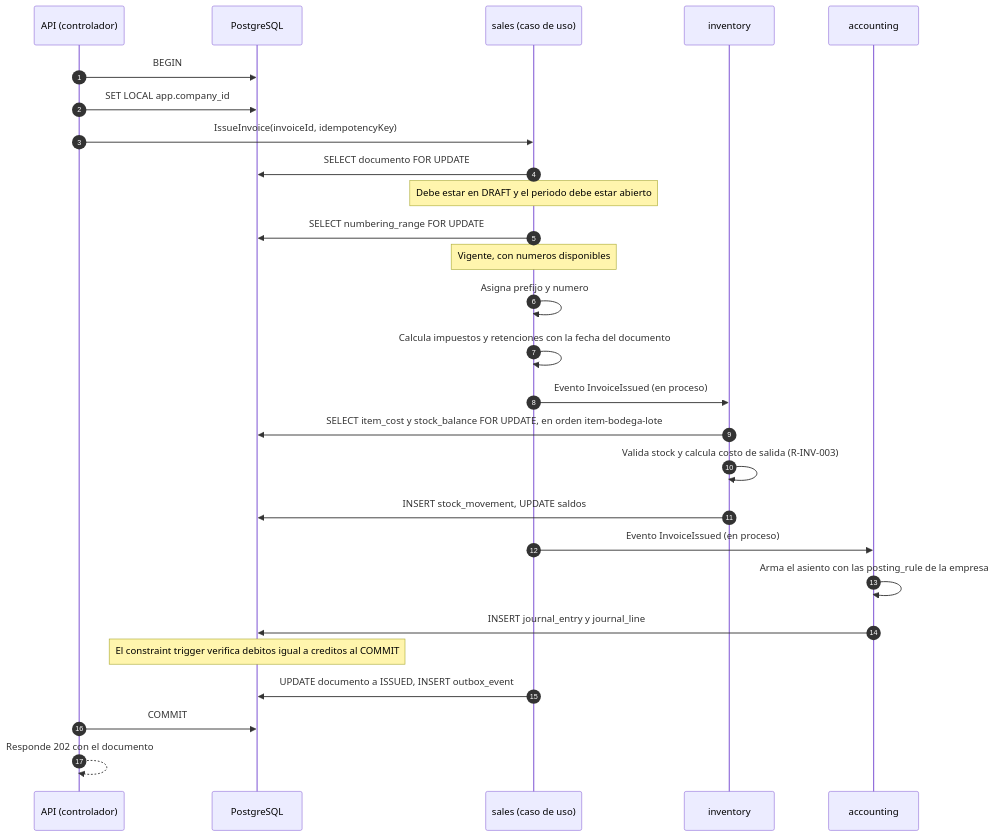
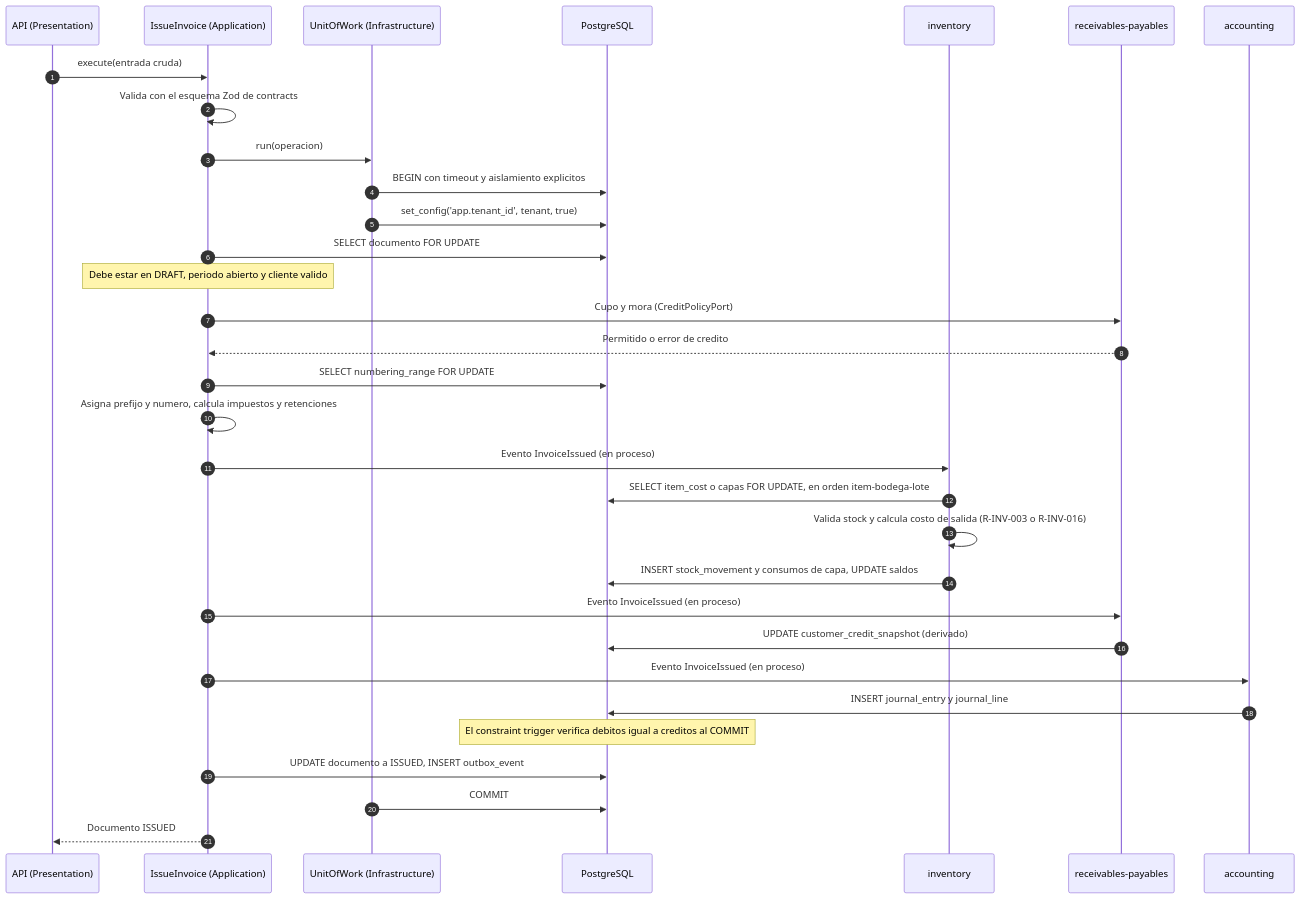
Before and after one commit to JpMurcia/SIFCA: the second of 3 diagrams in docs/03-procesos-y-flujos/01-flujo-venta-catalogo-a-factura.md, drawn with Mermaid. The commit also changed other lines of this file and 89 other files, not shown here.

````diff
--- a/docs/03-procesos-y-flujos/01-flujo-venta-catalogo-a-factura.md
+++ b/docs/03-procesos-y-flujos/01-flujo-venta-catalogo-a-factura.md
@@ -107,30 +119,35 @@
 ```mermaid
 sequenceDiagram
     autonumber
-    participant API as API (controlador)
+    participant API as API (Presentation)
+    participant UC as IssueInvoice (Application)
+    participant UOW as UnitOfWork (Infrastructure)
     participant DB as PostgreSQL
-    participant SAL as sales (caso de uso)
     participant INV as inventory
+    participant ARAP as receivables-payables
     participant ACC as accounting
 
-    API->>DB: BEGIN
-    API->>DB: SET LOCAL app.company_id
-    API->>SAL: IssueInvoice(invoiceId, idempotencyKey)
-    SAL->>DB: SELECT documento FOR UPDATE
-    Note over SAL: Debe estar en DRAFT y el periodo debe estar abierto
-    SAL->>DB: SELECT numbering_range FOR UPDATE
-    Note over SAL: Vigente, con numeros disponibles
-    SAL->>SAL: Asigna prefijo y numero
-    SAL->>SAL: Calcula impuestos y retenciones con la fecha del documento
-    SAL->>INV: Evento InvoiceIssued (en proceso)
-    INV->>DB: SELECT item_cost y stock_balance FOR UPDATE, en orden item-bodega-lote
-    INV->>INV: Valida stock y calcula costo de salida (R-INV-003)
-    INV->>DB: INSERT stock_movement, UPDATE saldos
-    SAL->>ACC: Evento InvoiceIssued (en proceso)
-    ACC->>ACC: Arma el asiento con las posting_rule de la empresa
+    API->>UC: execute(entrada cruda)
+    UC->>UC: Valida con el esquema Zod de contracts
+    UC->>UOW: run(operacion)
+    UOW->>DB: BEGIN con timeout y aislamiento explicitos
+    UOW->>DB: set_config('app.tenant_id', tenant, true)
+    UC->>DB: SELECT documento FOR UPDATE
+    Note over UC: Debe estar en DRAFT, periodo abierto y cliente valido
+    UC->>ARAP: Cupo y mora (CreditPolicyPort)
+    ARAP-->>UC: Permitido o error de credito
+    UC->>DB: SELECT numbering_range FOR UPDATE
+    UC->>UC: Asigna prefijo y numero, calcula impuestos y retenciones
+    UC->>INV: Evento InvoiceIssued (en proceso)
+    INV->>DB: SELECT item_cost o capas FOR UPDATE, en orden item-bodega-lote
+    INV->>INV: Valida stock y calcula costo de salida (R-INV-003 o R-INV-016)
+    INV->>DB: INSERT stock_movement y consumos de capa, UPDATE saldos
+    UC->>ARAP: Evento InvoiceIssued (en proceso)
+    ARAP->>DB: UPDATE customer_credit_snapshot (derivado)
+    UC->>ACC: Evento InvoiceIssued (en proceso)
     ACC->>DB: INSERT journal_entry y journal_line
     Note over DB: El constraint trigger verifica debitos igual a creditos al COMMIT
-    SAL->>DB: UPDATE documento a ISSUED, INSERT outbox_event
-    API->>DB: COMMIT
-    API-->>API: Responde 202 con el documento
+    UC->>DB: UPDATE documento a ISSUED, INSERT outbox_event
+    UOW->>DB: COMMIT
+    UC-->>API: Documento ISSUED
 ```
````
